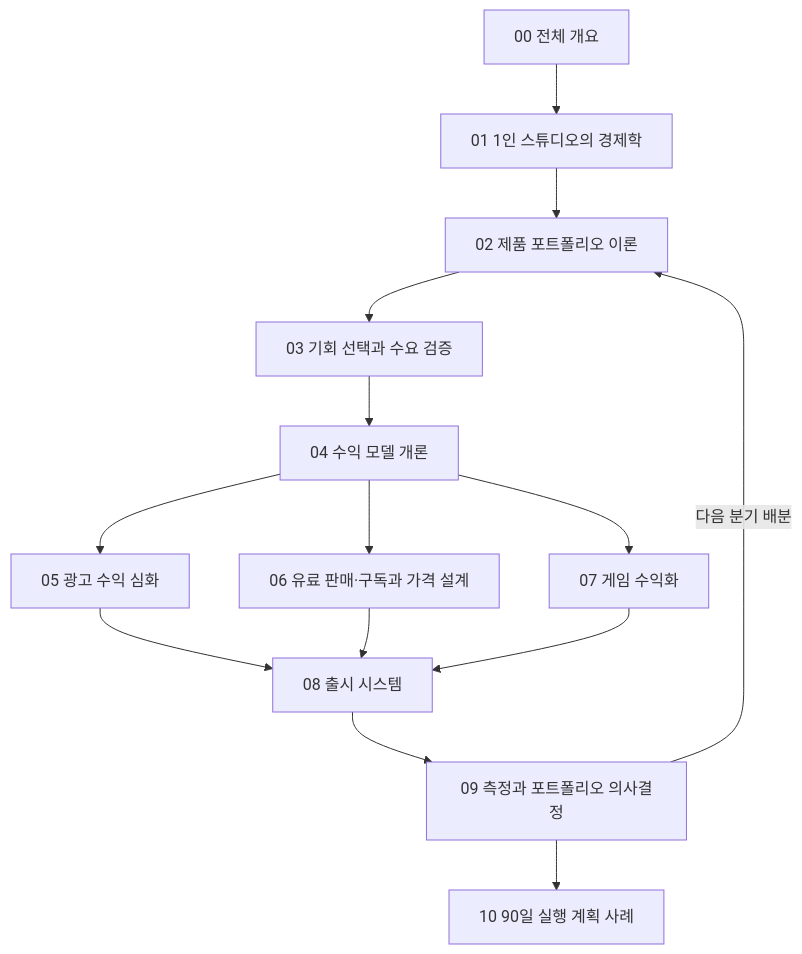
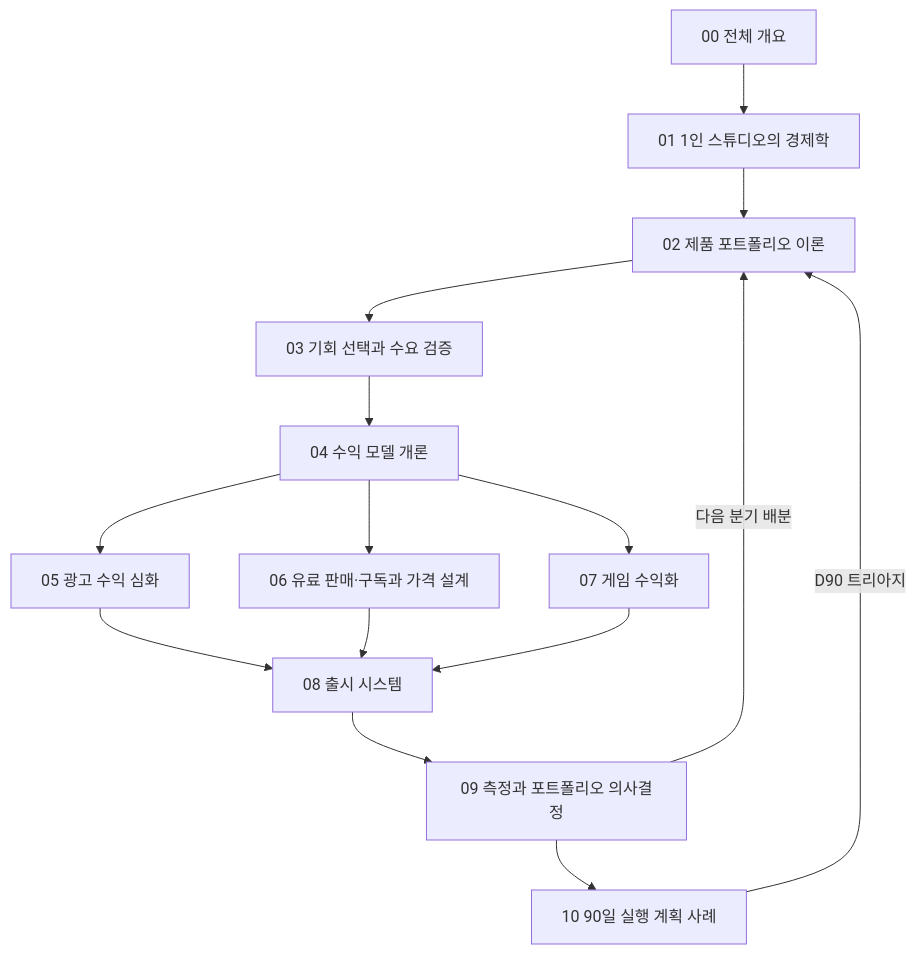
One commit to linjingzhu/tech-jeongsu changed the diagram in content/studio/00-overview.md. Above: the diagram before and after it, drawn with Mermaid. The commit also changed other lines of this file and 192 other files, not shown here.

````diff
--- a/content/studio/00-overview.md
+++ b/content/studio/00-overview.md
@@ -53,16 +53,17 @@
 ```mermaid
 flowchart TD
     D00[00 전체 개요] --> D01[01 1인 스튜디오의 경제학]
     D01 --> D02[02 제품 포트폴리오 이론]
     D02 --> D03[03 기회 선택과 수요 검증]
     D03 --> D04[04 수익 모델 개론]
     D04 --> D05[05 광고 수익 심화]
     D04 --> D06[06 유료 판매·구독과 가격 설계]
     D04 --> D07[07 게임 수익화]
     D05 --> D08[08 출시 시스템]
     D06 --> D08
     D07 --> D08
     D08 --> D09[09 측정과 포트폴리오 의사결정]
     D09 -->|다음 분기 배분| D02
     D09 --> D10[10 90일 실행 계획 사례]
+    D10 -->|D90 트리아지| D02
 ```
````
